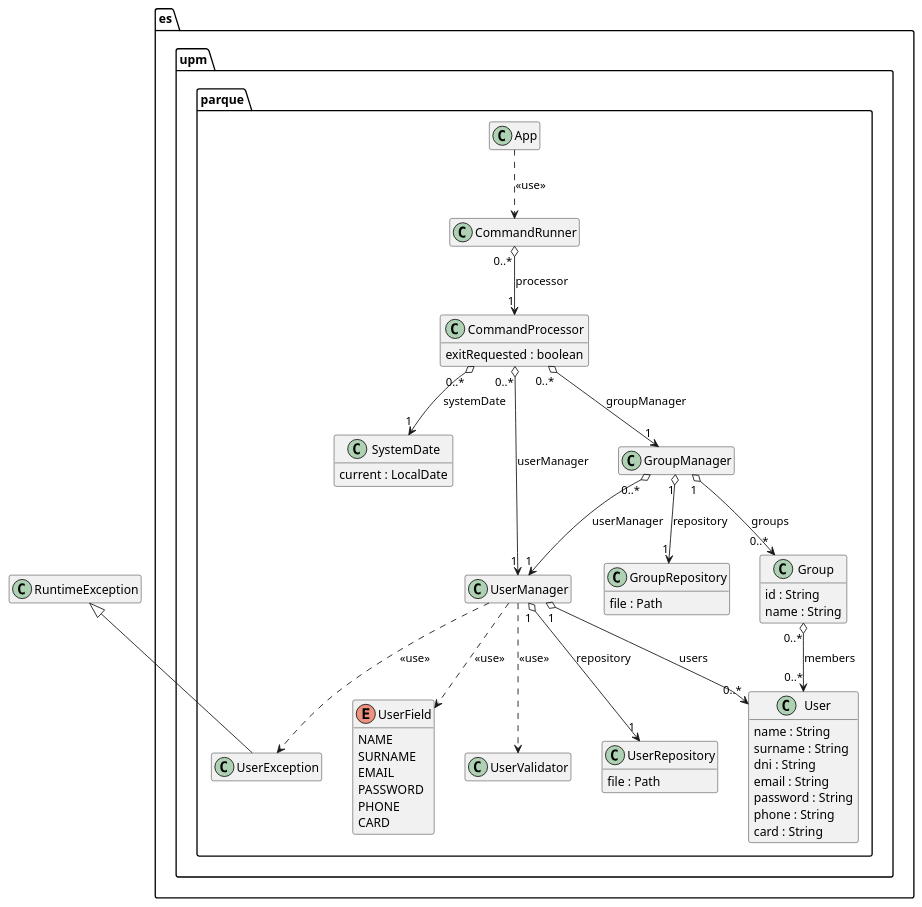
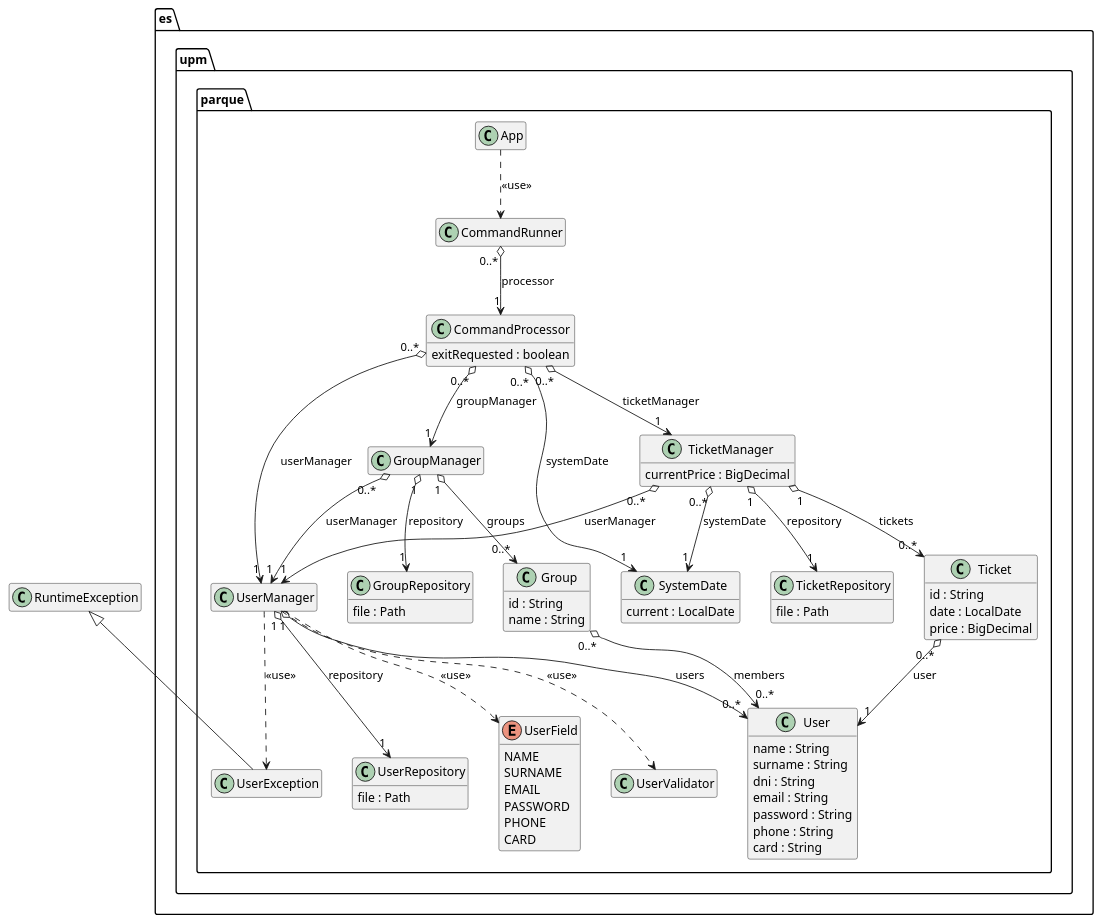
Before and after one commit to skai-upm/caise27: the diagram in uml/model.puml, drawn with PlantUML. The commit also changed 21 other files, not shown here.

```diff
--- a/uml/model.puml
+++ b/uml/model.puml
@@ -1,78 +1,98 @@
 @startuml model
-' Amusement park - class model (Delivery 2: users, groups, system date)
+' Amusement park - class model (Delivery 2: users, groups, tickets, system date)
 hide empty members
 skinparam classAttributeIconSize 0
 
 package es.upm.parque {
 
   class App
 
   class CommandRunner
 
   class CommandProcessor {
     exitRequested : boolean
   }
 
   class SystemDate {
     current : LocalDate
   }
 
   class UserManager
 
   class GroupManager
 
   class UserRepository {
     file : Path
   }
 
   class GroupRepository {
     file : Path
   }
 
+  class TicketManager {
+    currentPrice : BigDecimal
+  }
+
+  class TicketRepository {
+    file : Path
+  }
+
   class User {
     name : String
     surname : String
     dni : String
     email : String
     password : String
     phone : String
     card : String
   }
 
   enum UserField {
     NAME
     SURNAME
     EMAIL
     PASSWORD
     PHONE
     CARD
   }
 
   class Group {
     id : String
     name : String
   }
 
+  class Ticket {
+    id : String
+    date : LocalDate
+    price : BigDecimal
+  }
+
   class UserException
 
   class UserValidator
 }
 
 CommandRunner "0..*" o--> "1" CommandProcessor : processor
 CommandProcessor "0..*" o--> "1" UserManager : userManager
 CommandProcessor "0..*" o--> "1" GroupManager : groupManager
+CommandProcessor "0..*" o--> "1" TicketManager : ticketManager
 CommandProcessor "0..*" o--> "1" SystemDate : systemDate
 UserManager "1" o--> "1" UserRepository : repository
 UserManager "1" o--> "0..*" User : users
 GroupManager "1" o--> "1" GroupRepository : repository
 GroupManager "0..*" o--> "1" UserManager : userManager
 GroupManager "1" o--> "0..*" Group : groups
 Group "0..*" o--> "0..*" User : members
+TicketManager "1" o--> "1" TicketRepository : repository
+TicketManager "0..*" o--> "1" UserManager : userManager
+TicketManager "0..*" o--> "1" SystemDate : systemDate
+TicketManager "1" o--> "0..*" Ticket : tickets
+Ticket "0..*" o--> "1" User : user
 
 App ..> CommandRunner : <<use>>
 UserManager ..> UserField : <<use>>
 UserManager ..> UserValidator : <<use>>
 UserManager ..> UserException : <<use>>
 RuntimeException <|-- UserException
 
 @enduml
```
